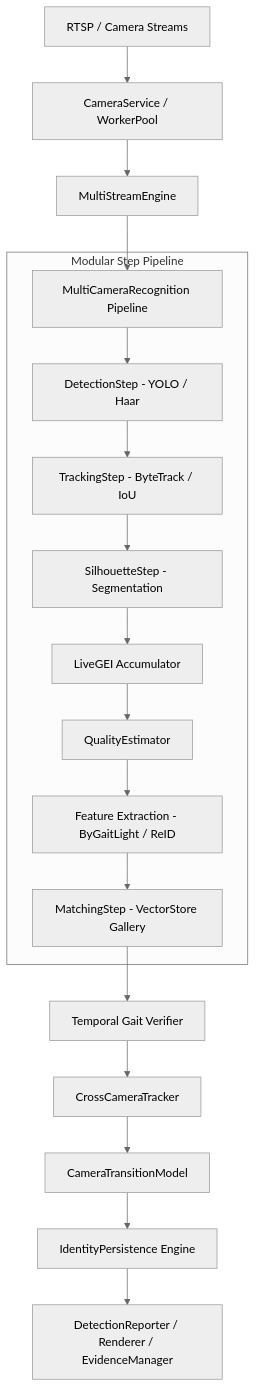
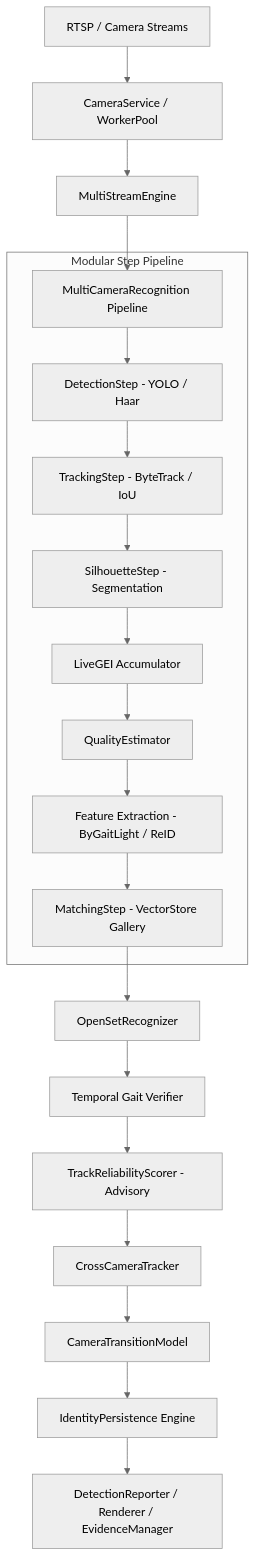
One commit to chanuka8/argus-gait-recognition changed the diagram in README.md. Above: the diagram before and after it, drawn with Mermaid (neutral theme). The commit also changed other lines of this file, not shown here.

````diff
--- a/README.md
+++ b/README.md
@@ -56,22 +58,24 @@
 ```mermaid
 graph TD
     RTSP[RTSP / Camera Streams] --> CS[CameraService / WorkerPool]
     CS --> MSE[MultiStreamEngine]
     MSE --> MCR[MultiCameraRecognition Pipeline]
     
     subgraph Modular Step Pipeline
         MCR --> DET[DetectionStep - YOLO / Haar]
         DET --> TRK[TrackingStep - ByteTrack / IoU]
         TRK --> SIL[SilhouetteStep - Segmentation]
         SIL --> GEI[LiveGEI Accumulator]
         GEI --> QUA[QualityEstimator]
         QUA --> FEA[Feature Extraction - ByGaitLight / ReID]
         FEA --> MAT[MatchingStep - VectorStore Gallery]
     end
 
-    MAT --> TGV[Temporal Gait Verifier]
-    TGV --> CCT[CrossCameraTracker]
+    MAT --> OSR[OpenSetRecognizer]
+    OSR --> TGV[Temporal Gait Verifier]
+    TGV --> TRS[TrackReliabilityScorer - Advisory]
+    TRS --> CCT[CrossCameraTracker]
     CCT --> CTM[CameraTransitionModel]
     CTM --> IDP[IdentityPersistence Engine]
     IDP --> REP[DetectionReporter / Renderer / EvidenceManager]
 ```
````
